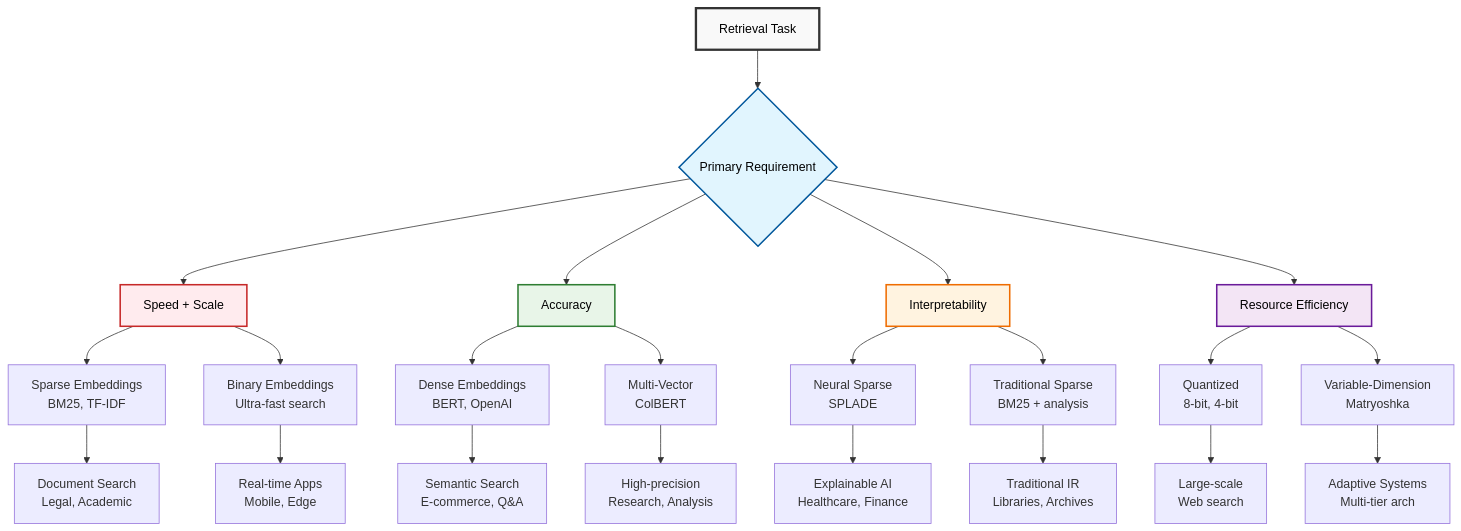
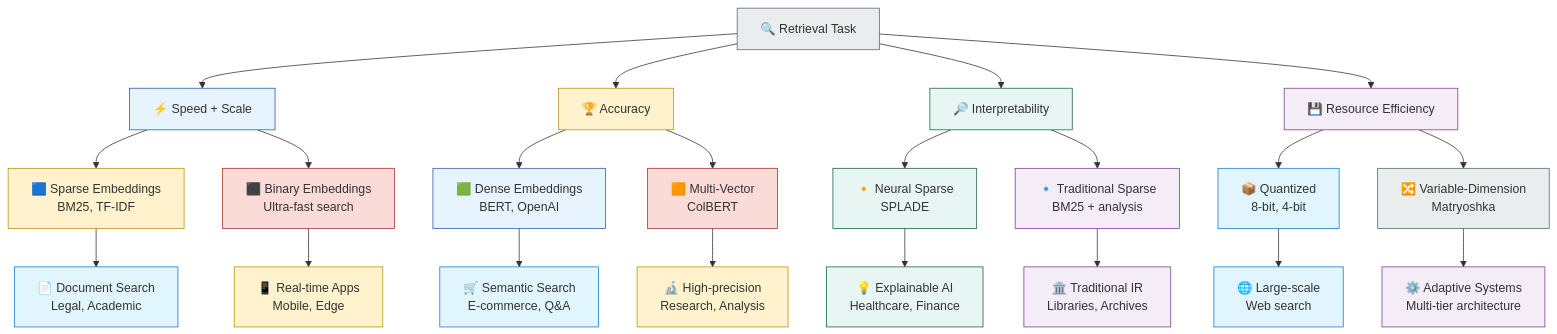
One commit to raphaelmansuy/tutorials changed the first of 2 diagrams in 32_embeddings/04_retrieval_tasks.md. Above: the diagram before and after it, drawn with Mermaid. The commit also changed 6 other files, not shown here.

````diff
--- a/32_embeddings/04_retrieval_tasks.md
+++ b/32_embeddings/04_retrieval_tasks.md
@@ -11,37 +11,58 @@
 ```mermaid
 flowchart TD
-    A[Retrieval Task] --> B{Primary Requirement}
+    %% Main Task
+    Task[🔍 Retrieval Task]
+    Task --> Speed[⚡ Speed + Scale]
+    Task --> Accuracy[🏆 Accuracy]
+    Task --> Interpret[🔎 Interpretability]
+    Task --> Resources[💾 Resource Efficiency]
     
-    B --> C[Speed + Scale]
-    B --> D[Accuracy]
-    B --> E[Interpretability]
-    B --> F[Resource Efficiency]
+    %% Speed alternatives
+    Speed --> Sparse[🟦 Sparse Embeddings<br/>BM25, TF-IDF]
+    Speed --> Binary[⬛ Binary Embeddings<br/>Ultra-fast search]
     
-    C --> C1[Sparse Embeddings<br/>BM25, TF-IDF]
-    C --> C2[Binary Embeddings<br/>Ultra-fast search]
+    %% Accuracy alternatives
+    Accuracy --> Dense[🟩 Dense Embeddings<br/>BERT, OpenAI]
+    Accuracy --> Multi[🟧 Multi-Vector<br/>ColBERT]
     
-    D --> D1[Dense Embeddings<br/>BERT, OpenAI]
-    D --> D2[Multi-Vector<br/>ColBERT]
+    %% Interpretability alternatives
+    Interpret --> SPLADE[🔸 Neural Sparse<br/>SPLADE]
+    Interpret --> Traditional[🔹 Traditional Sparse<br/>BM25 + analysis]
     
-    E --> E1[Neural Sparse<br/>SPLADE]
-    E --> E2[Traditional Sparse<br/>BM25 + analysis]
+    %% Resource efficiency alternatives
+    Resources --> Quantized[📦 Quantized<br/>8-bit, 4-bit]
+    Resources --> Variable[🔀 Variable-Dimension<br/>Matryoshka]
     
-    F --> F1[Quantized<br/>8-bit, 4-bit]
-    F --> F2[Variable-Dimension<br/>Matryoshka]
+    %% Example use cases
+    Sparse --> DocumentSearch[📄 Document Search<br/>Legal, Academic]
+    Binary --> RealTime[📱 Real-time Apps<br/>Mobile, Edge]
+    Dense --> SemanticSearch[🛒 Semantic Search<br/>E-commerce, Q&A]
+    Multi --> Precision[🔬 High-precision<br/>Research, Analysis]
+    SPLADE --> Explainable[💡 Explainable AI<br/>Healthcare, Finance]
+    Traditional --> Archives[🏛️ Traditional IR<br/>Libraries, Archives]
+    Quantized --> WebSearch[🌐 Large-scale<br/>Web search]
+    Variable --> Adaptive[⚙️ Adaptive Systems<br/>Multi-tier architecture]
     
-    C1 --> G[Document Search<br/>Legal, Academic]
-    C2 --> H[Real-time Apps<br/>Mobile, Edge]
-    D1 --> I[Semantic Search<br/>E-commerce, Q&A]
-    D2 --> J[High-precision<br/>Research, Analysis]
-    E1 --> K[Explainable AI<br/>Healthcare, Finance]
-    E2 --> L[Traditional IR<br/>Libraries, Archives]
-    F1 --> M[Large-scale<br/>Web search]
-    F2 --> N[Adaptive Systems<br/>Multi-tier arch]
-    
-    style A fill:#f9f9f9,stroke:#333,stroke-width:3px,color:#000
-    style B fill:#e1f5fe,stroke:#01579b,stroke-width:2px,color:#000
-    style C fill:#ffebee,stroke:#c62828,stroke-width:2px,color:#000
-    style D fill:#e8f5e8,stroke:#2e7d32,stroke-width:2px,color:#000
-    style E fill:#fff3e0,stroke:#ef6c00,stroke-width:2px,color:#000
-    style F fill:#f3e5f5,stroke:#6a1b9a,stroke-width:2px,color:#000
+    %% Styles (see copilot-instructions.md)
+    style Task fill:#EAEDED,stroke:#566573
+    style Speed fill:#E8F4FD,stroke:#2C5AA0
+    style Accuracy fill:#FFF2CC,stroke:#B7950B
+    style Interpret fill:#E8F6F3,stroke:#1B5E4F
+    style Resources fill:#F4ECF7,stroke:#7D3C98
+    style Sparse fill:#FFF2CC,stroke:#B7950B
+    style Binary fill:#FADBD8,stroke:#A93226
+    style Dense fill:#E8F4FD,stroke:#2C5AA0
+    style Multi fill:#FADBD8,stroke:#A93226
+    style SPLADE fill:#E8F6F3,stroke:#1B5E4F
+    style Traditional fill:#F4ECF7,stroke:#7D3C98
+    style Quantized fill:#E1F5FE,stroke:#1976D2
+    style Variable fill:#EAEDED,stroke:#566573
+    style DocumentSearch fill:#E1F5FE,stroke:#1976D2
+    style RealTime fill:#FFF2CC,stroke:#B7950B
+    style SemanticSearch fill:#E1F5FE,stroke:#1976D2
+    style Precision fill:#FFF2CC,stroke:#B7950B
+    style Explainable fill:#E8F6F3,stroke:#1B5E4F
+    style Archives fill:#F4ECF7,stroke:#7D3C98
+    style WebSearch fill:#E1F5FE,stroke:#1976D2
+    style Adaptive fill:#F4ECF7,stroke:#7D3C98
 ```
````
